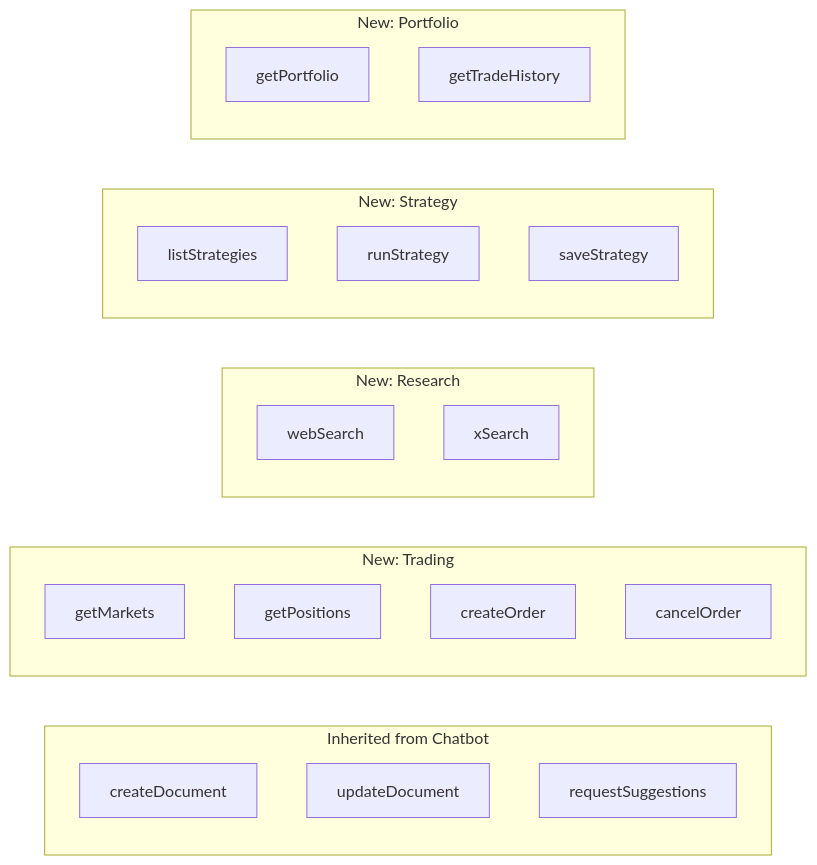
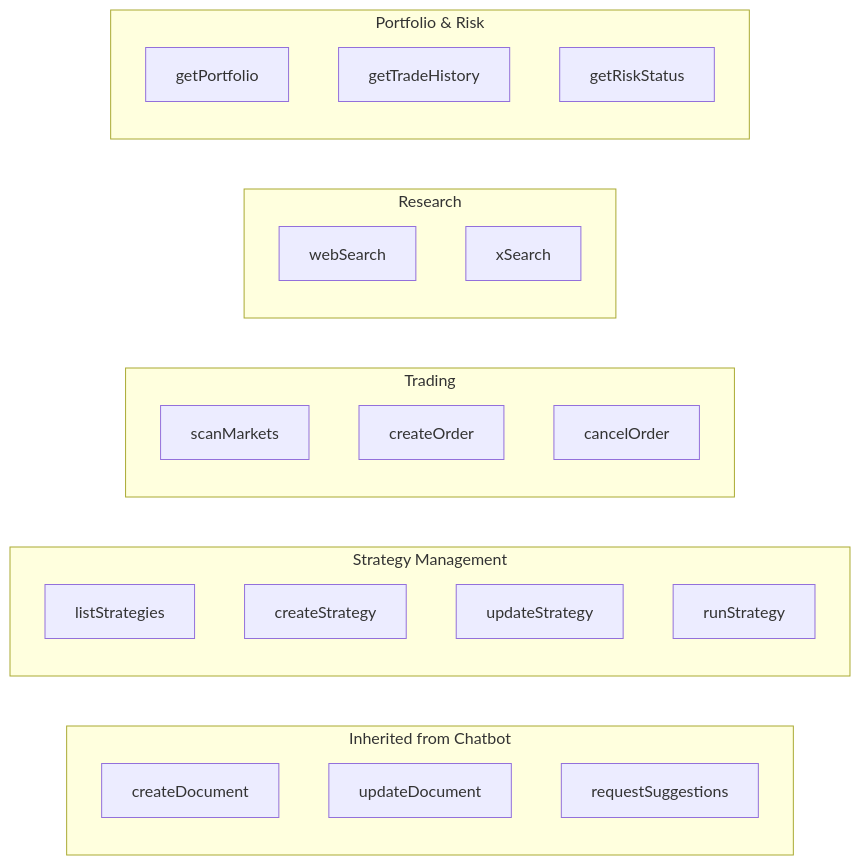
One commit to operator-auteng-ai/quantreno changed the tenth of 12 diagrams in saas/docs/ARCH.md. Above: the diagram before and after it, drawn with Mermaid. The commit also changed other lines of this file and 38 other files, not shown here.

First line of the commit message:
Product redesign: 6 playbooks, Strategy/Trade model, risk engine, compute architecture

````diff
--- a/saas/docs/ARCH.md
+++ b/saas/docs/ARCH.md
@@ -376,31 +584,32 @@
 ```mermaid
 graph LR
     subgraph Inherited ["Inherited from Chatbot"]
         T1[createDocument]
         T2[updateDocument]
         T3[requestSuggestions]
     end
 
-    subgraph Trading ["New: Trading"]
-        T4["getMarkets"]
-        T5["getPositions"]
-        T6["createOrder"]
-        T7["cancelOrder"]
+    subgraph StrategyMgmt ["Strategy Management"]
+        T10["listStrategies"]
+        T11["createStrategy"]
+        T12["updateStrategy"]
+        T13["runStrategy"]
     end
 
-    subgraph Research ["New: Research"]
+    subgraph Trading ["Trading"]
+        T4["scanMarkets"]
+        T5["createOrder"]
+        T6["cancelOrder"]
+    end
+
+    subgraph Research ["Research"]
         T8["webSearch"]
         T9["xSearch"]
     end
 
-    subgraph Strategy ["New: Strategy"]
-        T10["listStrategies"]
-        T11["runStrategy"]
-        T12["saveStrategy"]
-    end
-
-    subgraph Portfolio ["New: Portfolio"]
-        T13["getPortfolio"]
+    subgraph Portfolio ["Portfolio & Risk"]
+        T13b["getPortfolio"]
         T14["getTradeHistory"]
+        T15["getRiskStatus"]
     end
 ```
````
